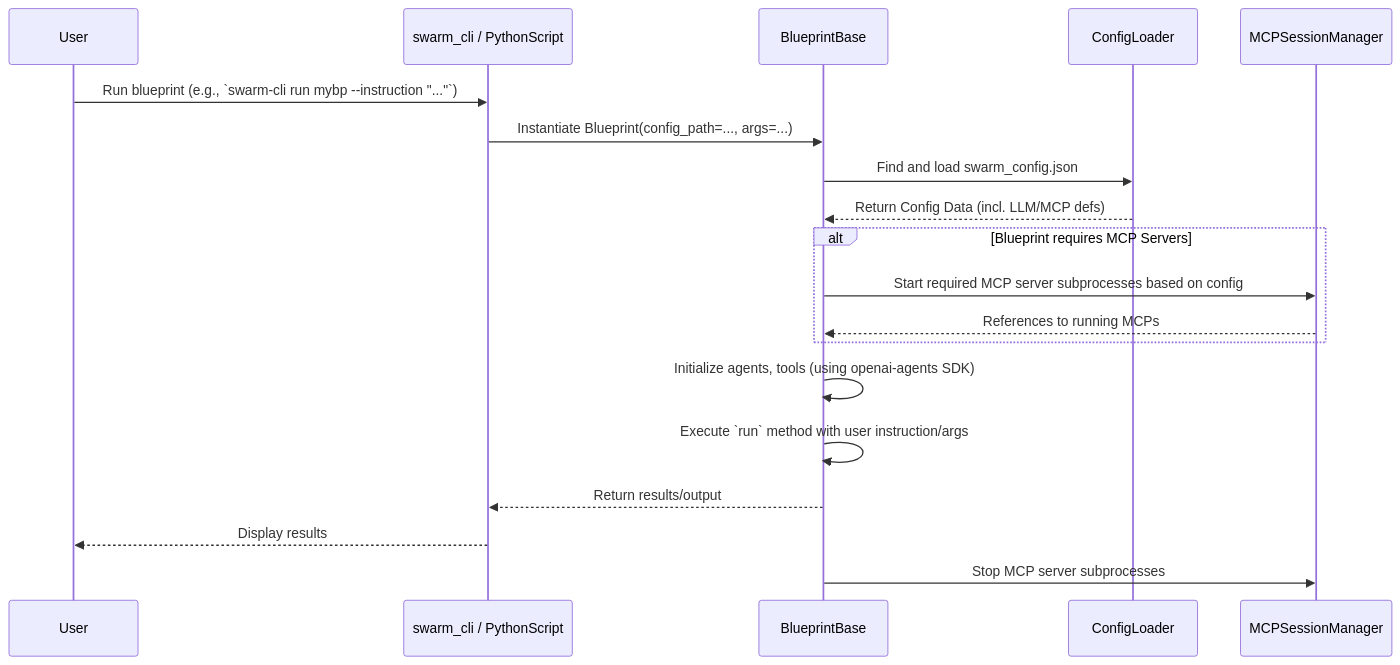
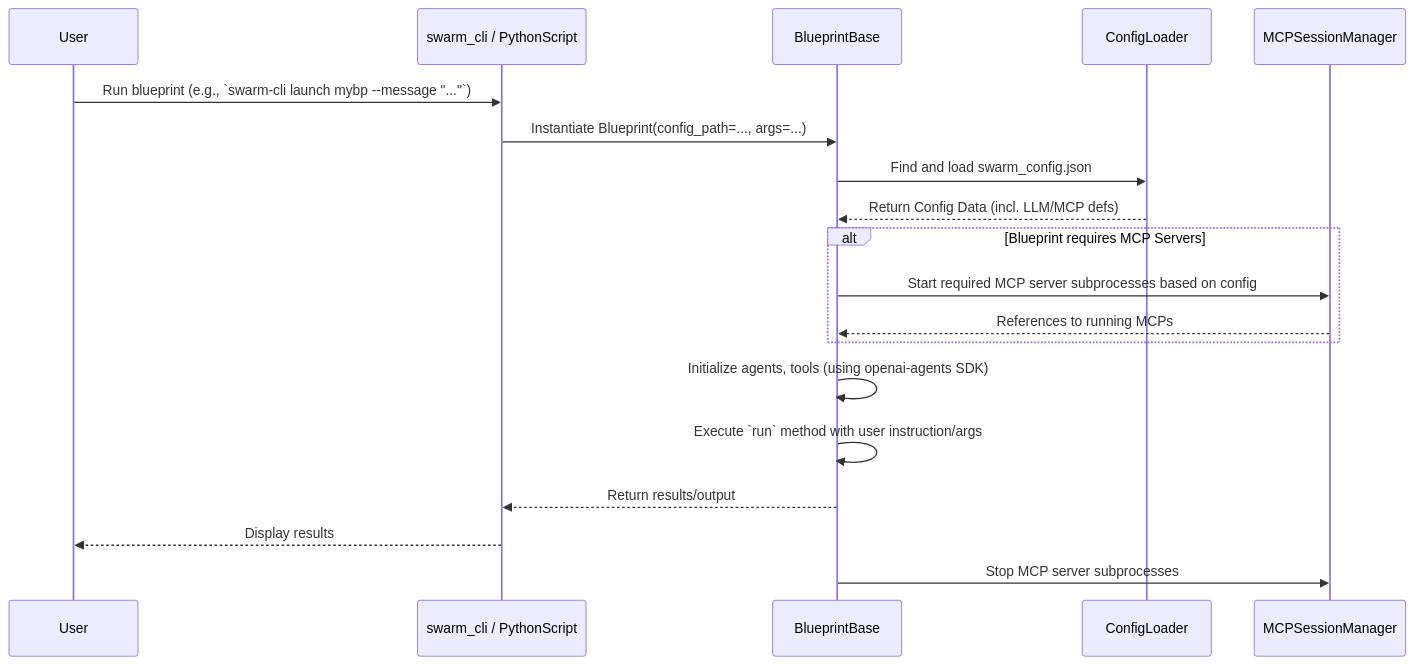
The first of 2 diagrams in DEVELOPMENT.md (matthewhand/open-swarm), drawn with Mermaid before and after one commit. The commit also changed other lines of this file and 6 other files, not shown here.

````diff
--- a/DEVELOPMENT.md
+++ b/DEVELOPMENT.md
@@ -191,22 +215,22 @@
 ```mermaid
 sequenceDiagram
     participant User
     participant swarm_cli / PythonScript
     participant BlueprintBase
     participant ConfigLoader
     participant MCPSessionManager
 
-    User->>swarm_cli / PythonScript: Run blueprint (e.g., `swarm-cli run mybp --instruction "..."`)
+    User->>swarm_cli / PythonScript: Run blueprint (e.g., `swarm-cli launch mybp --message "..."`)
     swarm_cli / PythonScript->>BlueprintBase: Instantiate Blueprint(config_path=..., args=...)
     BlueprintBase->>ConfigLoader: Find and load swarm_config.json
     ConfigLoader-->>BlueprintBase: Return Config Data (incl. LLM/MCP defs)
     alt Blueprint requires MCP Servers
         BlueprintBase->>MCPSessionManager: Start required MCP server subprocesses based on config
         MCPSessionManager-->>BlueprintBase: References to running MCPs
     end
     BlueprintBase->>BlueprintBase: Initialize agents, tools (using openai-agents SDK)
     BlueprintBase->>BlueprintBase: Execute `run` method with user instruction/args
     BlueprintBase-->>swarm_cli / PythonScript: Return results/output
     swarm_cli / PythonScript-->>User: Display results
     BlueprintBase->>MCPSessionManager: Stop MCP server subprocesses
 ```
````
